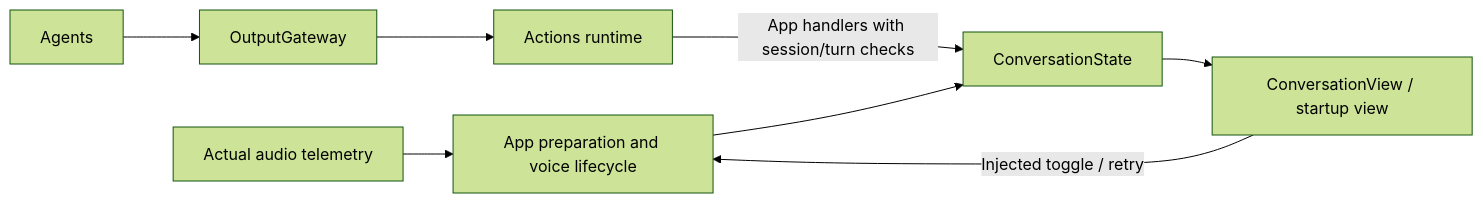
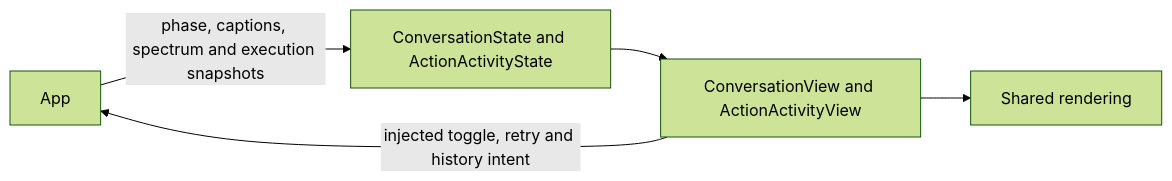
One commit to devilyouwei/MobileHarness changed the diagram in MobileHarness/UI/Conversation/README.md. Above: the diagram before and after it, drawn with Mermaid (forest theme). The commit also changed other lines of this file and 116 other files, not shown here.

````diff
--- a/MobileHarness/UI/Conversation/README.md
+++ b/MobileHarness/UI/Conversation/README.md
@@ -17,10 +15,7 @@
 ```mermaid
 flowchart LR
-    App[App preparation and voice lifecycle] --> State[ConversationState]
-    State --> View[ConversationView / startup view]
-    View -->|Injected toggle / retry| App
-    Agents --> Gateway[OutputGateway]
-    Gateway --> Actions[Actions runtime]
-    Actions -->|App handlers with session/turn checks| State
-    Device[Actual audio telemetry] --> App
+ App -->|phase, captions, spectrum and execution snapshots| State[ConversationState and ActionActivityState]
+ State --> View[ConversationView and ActionActivityView]
+ View -->|injected toggle, retry and history intent| App
+ View --> Components[Shared rendering]
 ```
````
